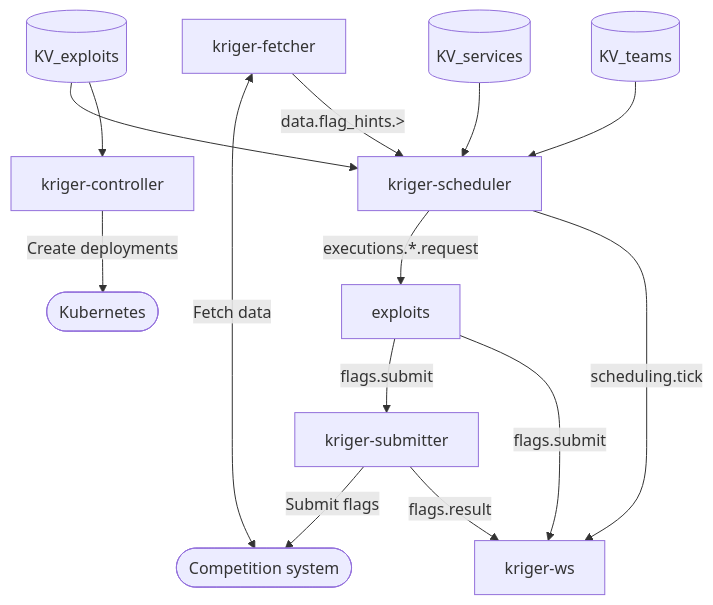
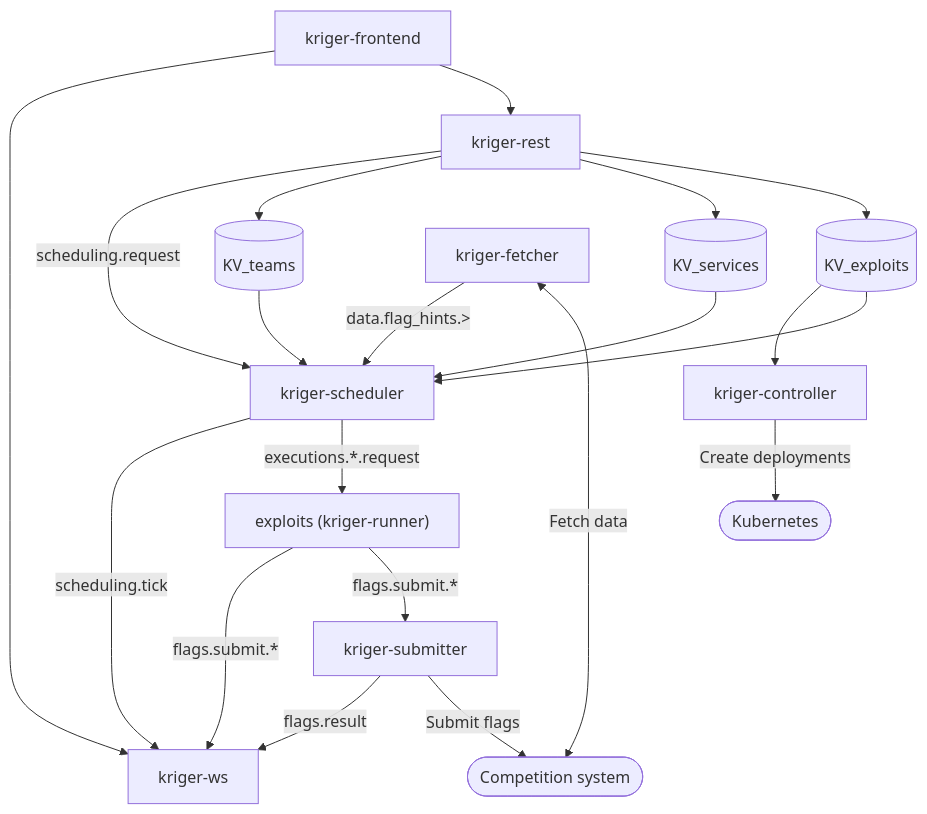
The diagram in docs/architecture.md (Cyberlandslaget/kriger), drawn with Mermaid before and after one commit.

Commit message:
docs: update architecture diagram

````diff
--- a/docs/architecture.md
+++ b/docs/architecture.md
@@ -100,27 +100,35 @@
 ```mermaid
 graph TB
     kv_exploits[(KV_exploits)]
     kv_services[(KV_services)]
     kv_teams[(KV_teams)]
     fetcher[kriger-fetcher]
     scheduler[kriger-scheduler]
     controller[kriger-controller]
     submitter[kriger-submitter]
     ws[kriger-ws]
-    exploits[exploits]
+    rest[kriger-rest]
+    frontend[kriger-frontend]
+    exploits["exploits (kriger-runner)"]
     k8s([Kubernetes])
     comp([Competition system])
     kv_exploits --> scheduler
     kv_services --> scheduler
     kv_teams --> scheduler
     kv_exploits --> controller
     controller -- " Create deployments " --> k8s
     fetcher <-- " Fetch data " --> comp
     submitter -- " Submit flags " --> comp
     fetcher -- " data.flag_hints.> " --> scheduler
     scheduler -- " executions.*.request " --> exploits
-    exploits -- " flags.submit " --> submitter
-    exploits -- " flags.submit " --> ws
+    exploits -- " flags.submit.* " --> submitter
+    exploits -- " flags.submit.* " --> ws
     submitter -- " flags.result " --> ws
     scheduler -- " scheduling.tick " --> ws
+    rest --> kv_exploits
+    rest --> kv_services
+    rest --> kv_teams
+    rest -- " scheduling.request " --> scheduler
+    frontend --> rest
+    frontend --> ws
 ```
````
